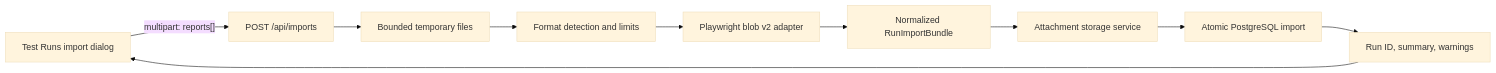
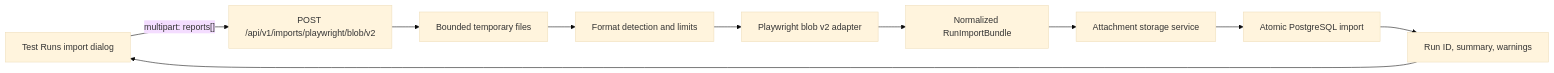
Before and after one commit to stanterprise/observer: the diagram in docs/PLAYWRIGHT_BLOB_IMPORT_IMPLEMENTATION_PLAN.md, drawn with Mermaid (base theme). The commit also changed other lines of this file, not shown here.

Commit message:
Enhance Playwright Blob Import API documentation with versioned route and structured error handling

````diff
--- a/docs/PLAYWRIGHT_BLOB_IMPORT_IMPLEMENTATION_PLAN.md
+++ b/docs/PLAYWRIGHT_BLOB_IMPORT_IMPLEMENTATION_PLAN.md
@@ -69,12 +70,12 @@
 ```mermaid
 flowchart LR
-  UI["Test Runs import dialog"] -->|"multipart: reports[]"| API["POST /api/imports"]
+  UI["Test Runs import dialog"] -->|"multipart: reports[]"| API["POST /api/v1/imports/playwright/blob/v2"]
   API --> TMP["Bounded temporary files"]
   TMP --> DETECT["Format detection and limits"]
   DETECT --> PW["Playwright blob v2 adapter"]
   PW --> BUNDLE["Normalized RunImportBundle"]
   BUNDLE --> ART["Attachment storage service"]
   ART --> TX["Atomic PostgreSQL import"]
   TX --> RESULT["Run ID, summary, warnings"]
   RESULT --> UI
 ```
````
